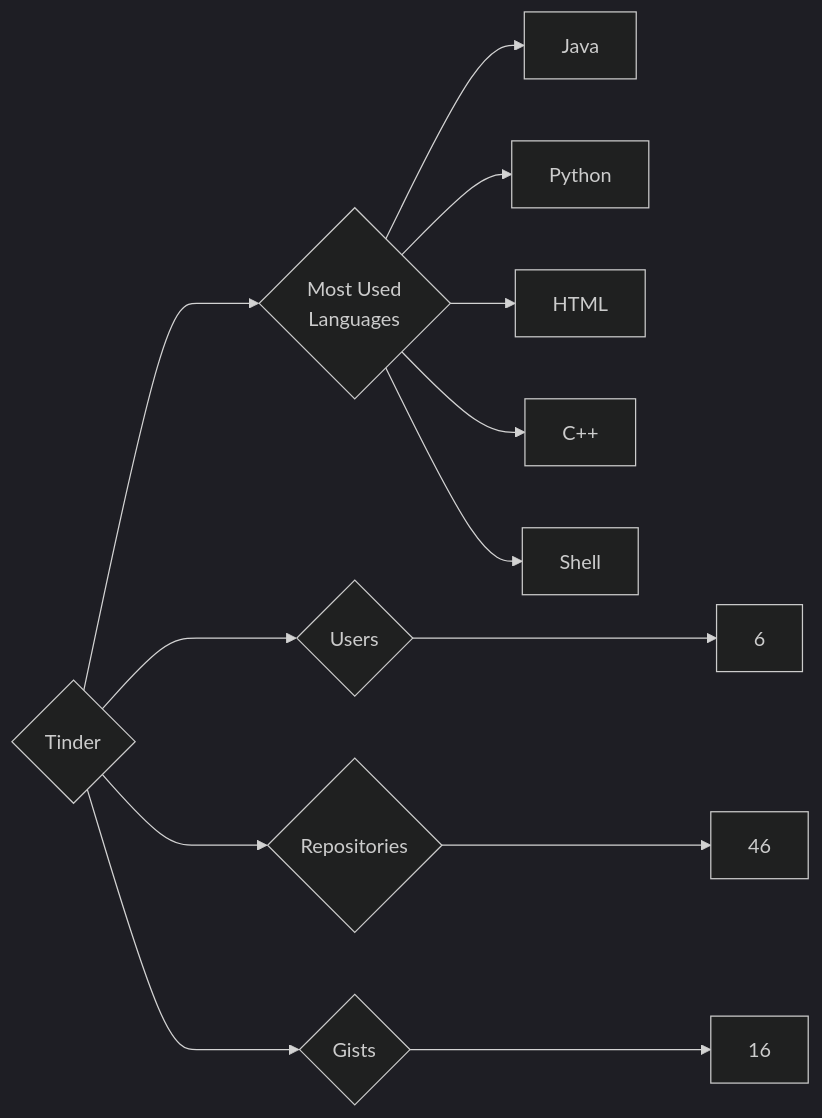
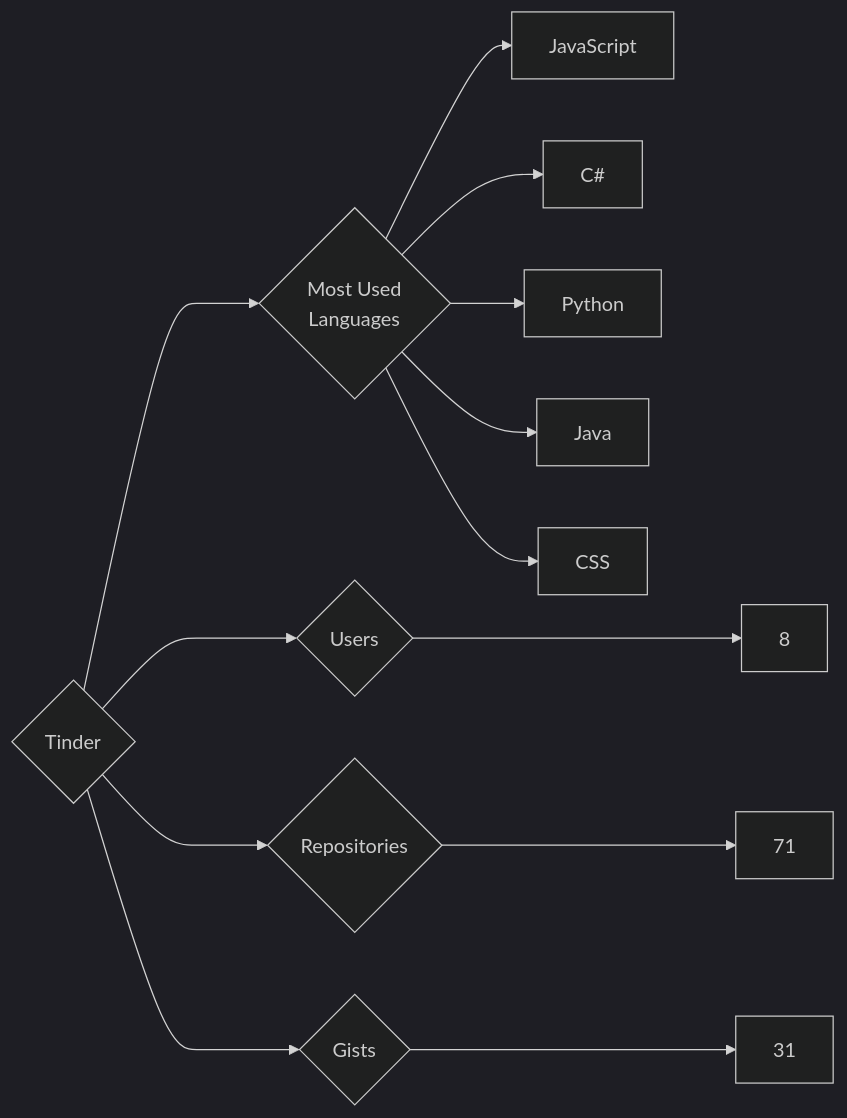
The diagram in targets/Tinder/README.md (trickest/insiders), drawn with Mermaid (dark theme) before and after one commit. The commit also changed 1011 other files, not shown here.

````diff
--- a/targets/Tinder/README.md
+++ b/targets/Tinder/README.md
@@ -3,13 +3,13 @@
 ```mermaid
 graph LR
 COMPANY_NAME{Tinder}
-COMPANY_NAME ---> U{Users} ---> UN[6]
-COMPANY_NAME ---> R{Repositories} ---> RN[46]
-COMPANY_NAME ---> G{Gists} ---> GN[16]
+COMPANY_NAME ---> U{Users} ---> UN[8]
+COMPANY_NAME ---> R{Repositories} ---> RN[71]
+COMPANY_NAME ---> G{Gists} ---> GN[31]
 COMPANY_NAME ---> ML{Most Used<br>Languages}
+ML --> JavaScript[JavaScript]
+ML --> C#[C#]
+ML --> Python[Python]
 ML --> Java[Java]
-ML --> Python[Python]
-ML --> HTML[HTML]
-ML --> C++[C++]
-ML --> Shell[Shell]
+ML --> CSS[CSS]
 ```
````
